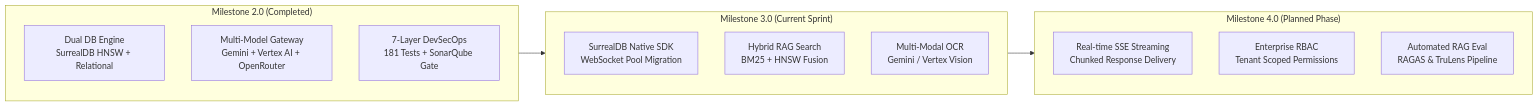
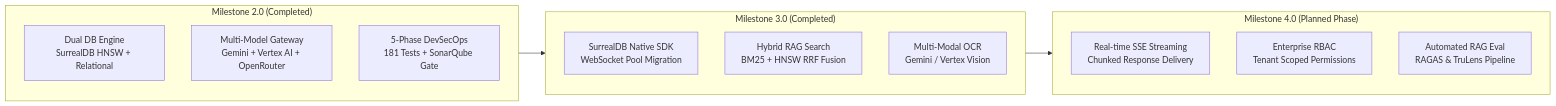
One commit to lucivskvn/AetherOmni changed the first of 2 diagrams in README.md. Above: the diagram before and after it, drawn with Mermaid. The commit also changed other lines of this file and 47 other files, not shown here.

Commit message:
feat(m3.0): complete Milestone 3.0 (WebSocket pool, Hybrid BM25+HNSW RRF, Vision OCR, coverage reporting)

````diff
--- a/README.md
+++ b/README.md
@@ -55,22 +55,22 @@
 ```mermaid
 flowchart LR
     subgraph M2 ["Milestone 2.0 (Completed)"]
         M2A["Dual DB Engine<br>SurrealDB HNSW + Relational"]
         M2B["Multi-Model Gateway<br>Gemini + Vertex AI + OpenRouter"]
-        M2C["7-Layer DevSecOps<br>181 Tests + SonarQube Gate"]
+        M2C["5-Phase DevSecOps<br>181 Tests + SonarQube Gate"]
     end
 
-    subgraph M3 ["Milestone 3.0 (Current Sprint)"]
+    subgraph M3 ["Milestone 3.0 (Completed)"]
         M3A["SurrealDB Native SDK<br>WebSocket Pool Migration"]
-        M3B["Hybrid RAG Search<br>BM25 + HNSW Fusion"]
+        M3B["Hybrid RAG Search<br>BM25 + HNSW RRF Fusion"]
         M3C["Multi-Modal OCR<br>Gemini / Vertex Vision"]
     end
 
     subgraph M4 ["Milestone 4.0 (Planned Phase)"]
         M4A["Real-time SSE Streaming<br>Chunked Response Delivery"]
         M4B["Enterprise RBAC<br>Tenant Scoped Permissions"]
         M4C["Automated RAG Eval<br>RAGAS & TruLens Pipeline"]
     end
 
     M2 --> M3 --> M4
 ```
````
